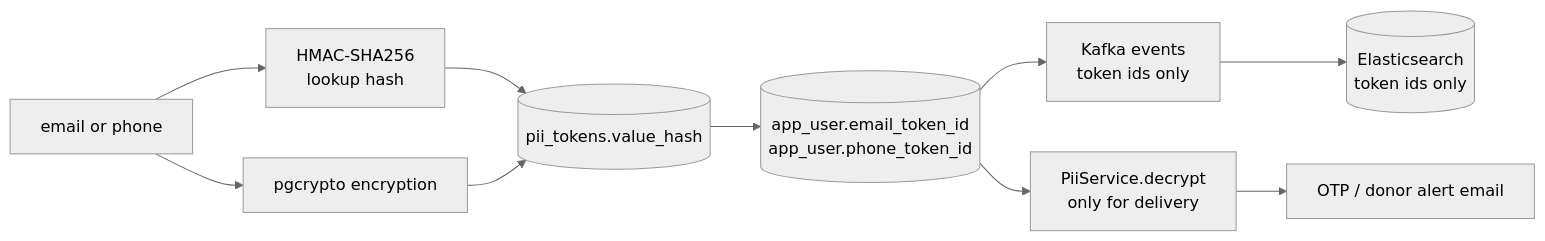
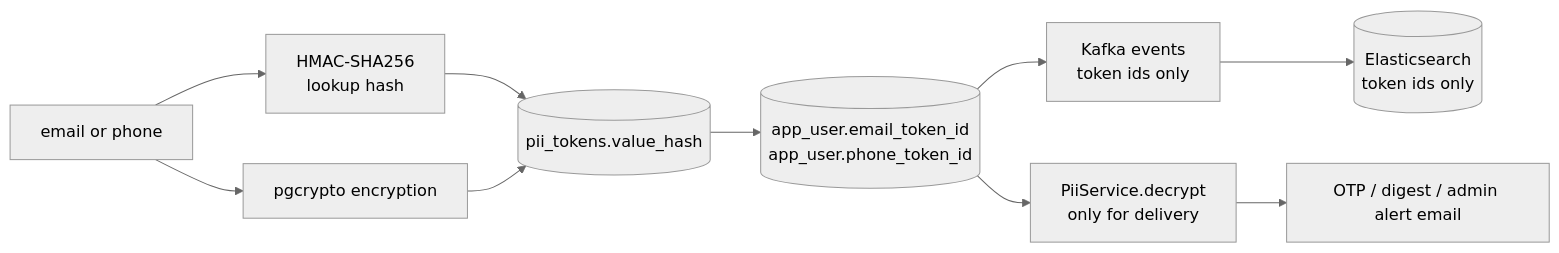
The sixth of 15 diagrams in docs/architecture.md (ADS77/Blood-Donor-Finder), drawn with Mermaid (neutral theme) before and after one commit. The commit also changed other lines of this file and 1 other file, not shown here.

Commit message:
docs: document realtime, notifications, storage and new search flows

````diff
--- a/docs/architecture.md
+++ b/docs/architecture.md
@@ -377,12 +503,12 @@
 ```mermaid
 flowchart LR
     input["email or phone"] --> hash["HMAC-SHA256<br/>lookup hash"]
     input --> encrypt["pgcrypto encryption"]
     hash --> token[(pii_tokens.value_hash)]
     encrypt --> token
     token --> user[(app_user.email_token_id<br/>app_user.phone_token_id)]
     user --> events["Kafka events<br/>token ids only"]
     events --> es[(Elasticsearch<br/>token ids only)]
     user --> decrypt["PiiService.decrypt<br/>only for delivery"]
-    decrypt --> mail["OTP / donor alert email"]
+    decrypt --> mail["OTP / digest / admin alert email"]
 ```
````
